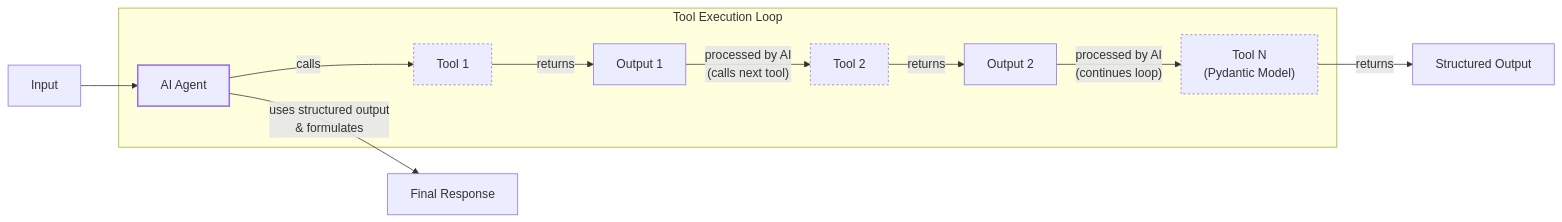
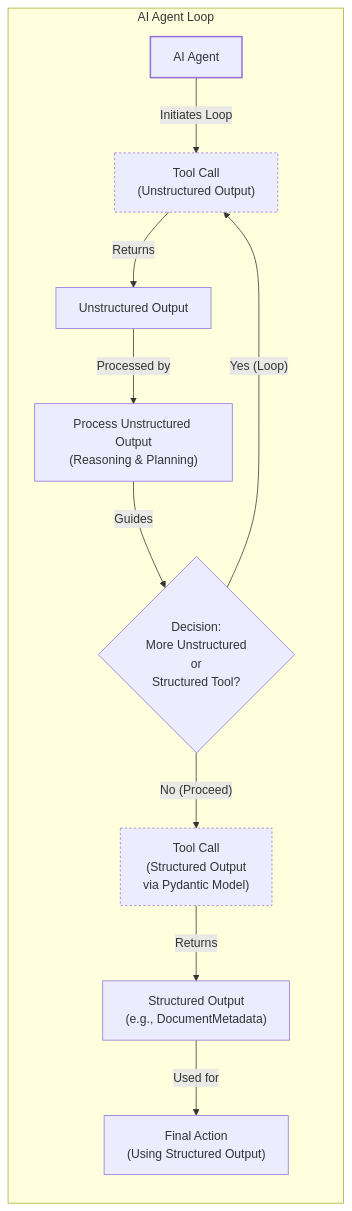
Before and after one commit to YMaXing/Research-Agent-reinforced-by-RL: the second of 3 diagrams in RL_researcher_writer_ymaxing/rl_training_data/noise_experiment/06_tools__var_standard__replicate1__preset5/article_001.md, drawn with Mermaid. The commit also changed other lines of this file and 4528 other files, not shown here.

````diff
--- a/RL_researcher_writer_ymaxing/rl_training_data/noise_experiment/06_tools__var_standard__replicate1__preset5/article_001.md
+++ b/RL_researcher_writer_ymaxing/rl_training_data/noise_experiment/06_tools__var_standard__replicate1__preset5/article_001.md
@@ -696,25 +564,29 @@
 ```mermaid
 flowchart LR
-  %% Start of the process
-  Input["Input"] --> AI["AI Agent"]
+    %% AI Agent Workflow
+    subgraph "AI Agent Loop"
+        A["AI Agent"]
+        B["Tool Call<br/>(Unstructured Output)"]
+        C["Unstructured Output"]
+        D["Process Unstructured Output<br/>(Reasoning & Planning)"]
+        E{"Decision:<br/>More Unstructured<br/>or<br/>Structured Tool?"}
+        F["Tool Call<br/>(Structured Output<br/>via Pydantic Model)"]
+        G["Structured Output<br/>(e.g., DocumentMetadata)"]
+        H["Final Action<br/>(Using Structured Output)"]
+    end
 
-  %% Tool Execution Loop
-  subgraph "Tool Execution Loop"
-    AI -- "calls" --> Tool1["Tool 1"]
-    Tool1 -- "returns" --> Output1["Output 1"]
-    Output1 -- "processed by AI<br/>(calls next tool)" --> Tool2["Tool 2"]
-    Tool2 -- "returns" --> Output2["Output 2"]
-    Output2 -- "processed by AI<br/>(continues loop)" --> ToolN["Tool N<br/>(Pydantic Model)"]
-  end
+    A -- "Initiates Loop" --> B
+    B -- "Returns" --> C
+    C -- "Processed by" --> D
+    D -- "Guides" --> E
+    E -- "Yes (Loop)" --> B
+    E -- "No (Proceed)" --> F
+    F -- "Returns" --> G
+    G -- "Used for" --> H
 
-  ToolN -- "returns" --> StructuredOutput["Structured Output"]
-
-  %% Final Response
-  AI -- "uses structured output<br/>& formulates" --> FinalResponse["Final Response"]
-
-  %% Visual grouping
-  classDef agentNode stroke-width:2px
-  classDef toolNode stroke-dasharray:3,3
-  class AI agentNode
-  class Tool1,Tool2,ToolN toolNode
+    %% Visual grouping
+    classDef agentNode stroke-width:2px
+    classDef toolCallNode stroke-dasharray:3,3
+    class A agentNode
+    class B,F toolCallNode
 ```
````
